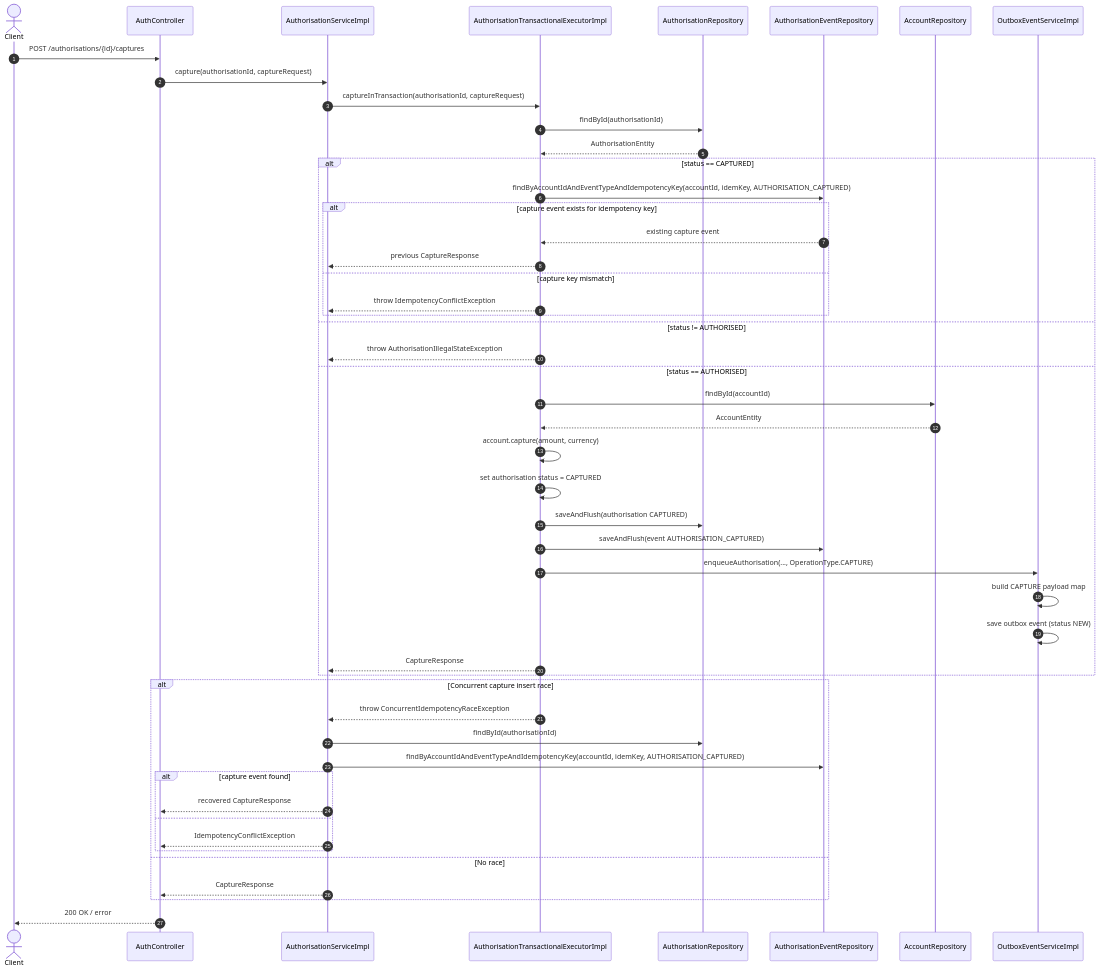
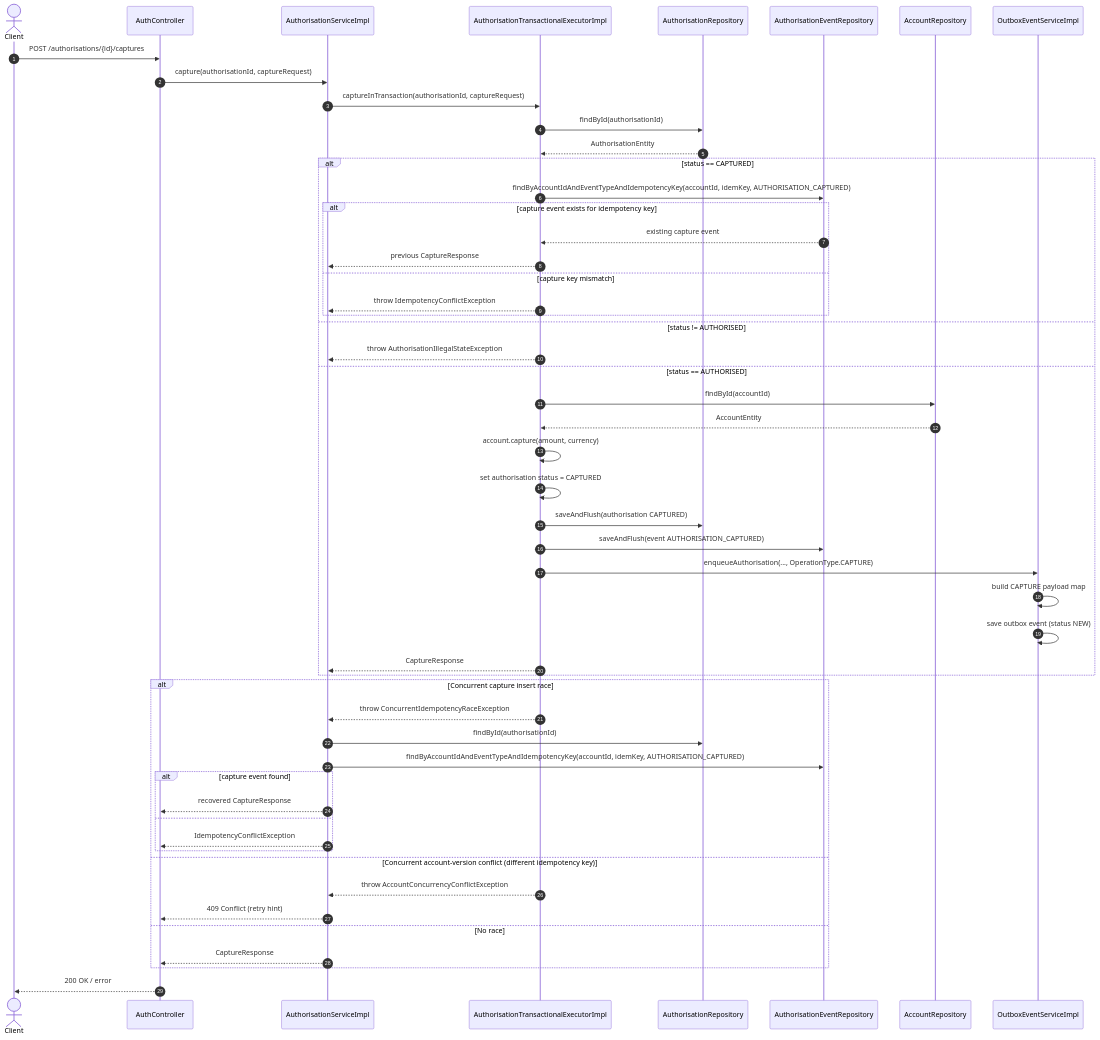
The diagram in docs/flows/capture-sequence.mmd (ShirongQuan/payment-platform), drawn with Mermaid before and after one commit. The commit also changed 27 other files, not shown here.

```diff
--- a/docs/flows/capture-sequence.mmd
+++ b/docs/flows/capture-sequence.mmd
@@ -1,56 +1,59 @@
 sequenceDiagram
 	autonumber
 	actor Client
 	participant AC as AuthController
 	participant AS as AuthorisationServiceImpl
 	participant ATE as AuthorisationTransactionalExecutorImpl
 	participant AR as AuthorisationRepository
 	participant AER as AuthorisationEventRepository
 	participant AccR as AccountRepository
 	participant OES as OutboxEventServiceImpl
 
 	Client->>AC: POST /authorisations/{id}/captures
 	AC->>AS: capture(authorisationId, captureRequest)
 	AS->>ATE: captureInTransaction(authorisationId, captureRequest)
 
 	ATE->>AR: findById(authorisationId)
 	AR-->>ATE: AuthorisationEntity
 
 	alt status == CAPTURED
 		ATE->>AER: findByAccountIdAndEventTypeAndIdempotencyKey(accountId, idemKey, AUTHORISATION_CAPTURED)
 		alt capture event exists for idempotency key
 			AER-->>ATE: existing capture event
 			ATE-->>AS: previous CaptureResponse
 		else capture key mismatch
 			ATE-->>AS: throw IdempotencyConflictException
 		end
 	else status != AUTHORISED
 		ATE-->>AS: throw AuthorisationIllegalStateException
 	else status == AUTHORISED
 		ATE->>AccR: findById(accountId)
 		AccR-->>ATE: AccountEntity
 		ATE->>ATE: account.capture(amount, currency)
 		ATE->>ATE: set authorisation status = CAPTURED
 
 		ATE->>AR: saveAndFlush(authorisation CAPTURED)
 		ATE->>AER: saveAndFlush(event AUTHORISATION_CAPTURED)
 		ATE->>OES: enqueueAuthorisation(..., OperationType.CAPTURE)
 		OES->>OES: build CAPTURE payload map
 		OES->>OES: save outbox event (status NEW)
 		ATE-->>AS: CaptureResponse
 	end
 
 	alt Concurrent capture insert race
 		ATE-->>AS: throw ConcurrentIdempotencyRaceException
 		AS->>AR: findById(authorisationId)
 		AS->>AER: findByAccountIdAndEventTypeAndIdempotencyKey(accountId, idemKey, AUTHORISATION_CAPTURED)
 		alt capture event found
 			AS-->>AC: recovered CaptureResponse
 		else
 			AS-->>AC: IdempotencyConflictException
 		end
+	else Concurrent account-version conflict (different idempotency key)
+		ATE-->>AS: throw AccountConcurrencyConflictException
+		AS-->>AC: 409 Conflict (retry hint)
 	else No race
 		AS-->>AC: CaptureResponse
 	end
 
 	AC-->>Client: 200 OK / error
```
